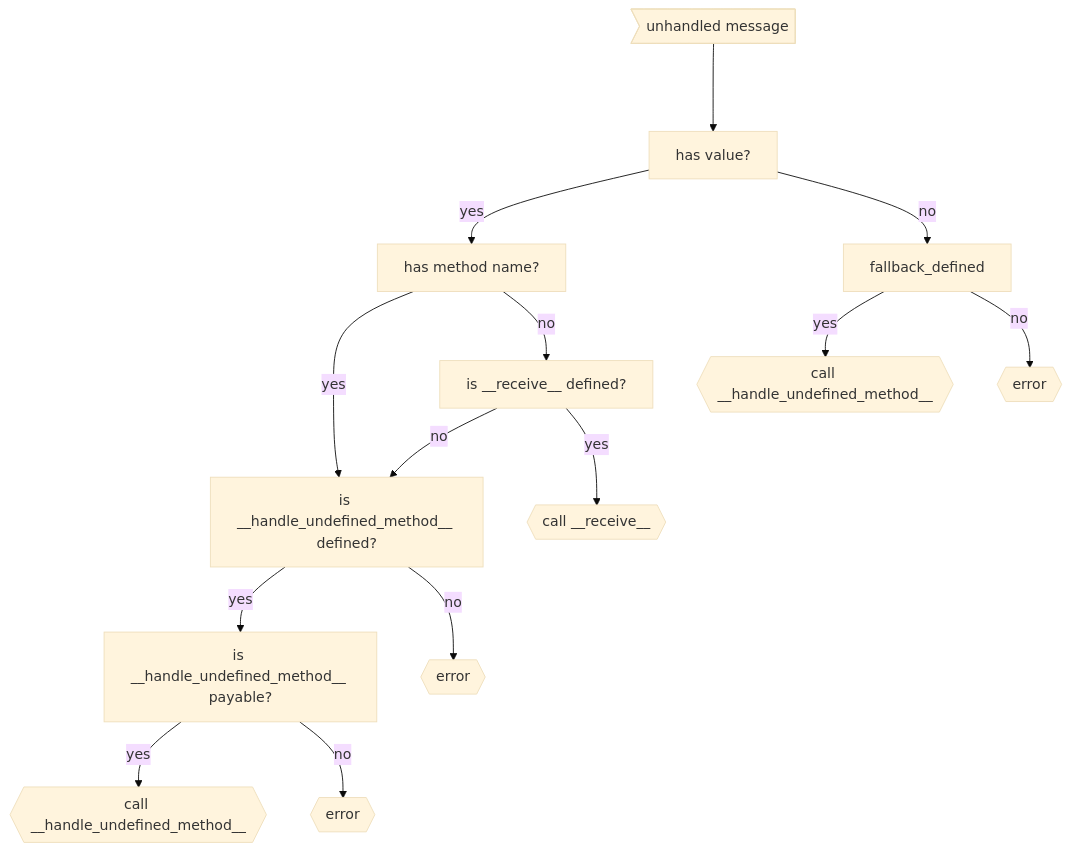
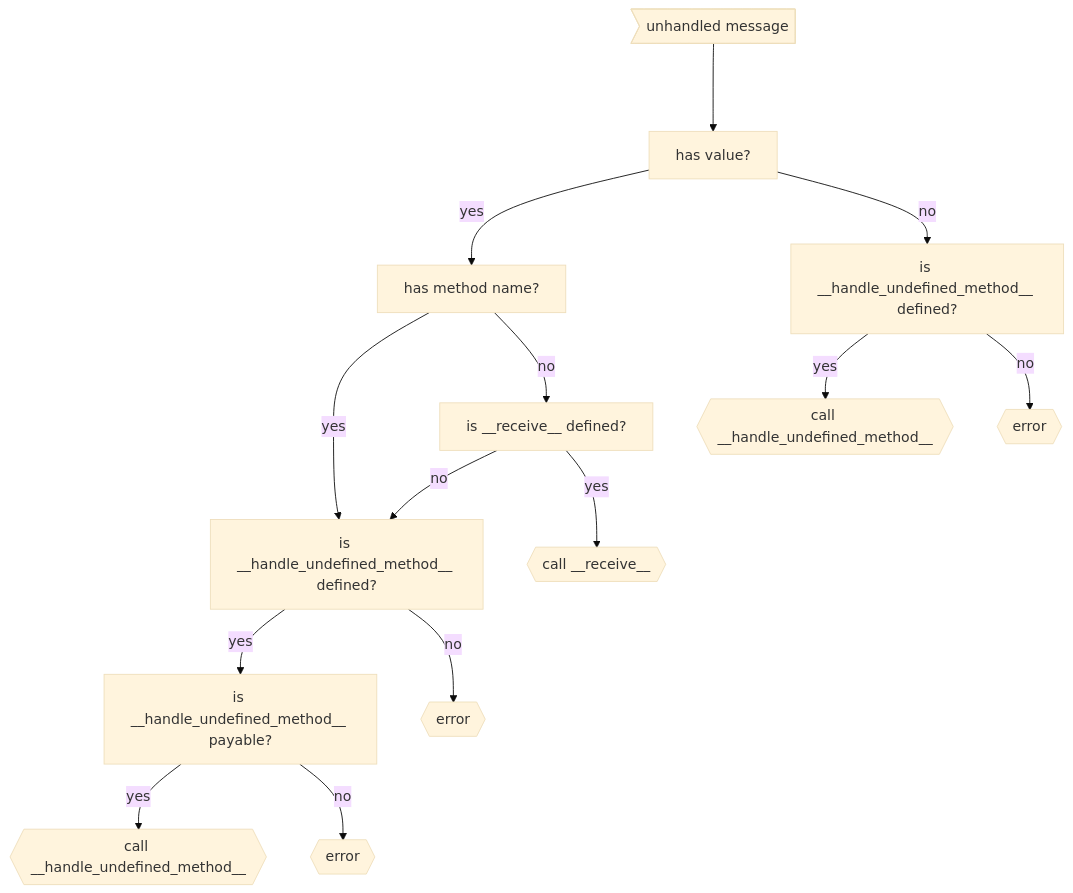
The diagram in pages/developers/intelligent-contracts/features/special-methods.mdx (genlayerlabs/genlayer-docs), drawn with Mermaid (base theme) before and after one commit. The commit also changed 1 other file, not shown here.

Commit message:
docs: improve intelligent contracts features - fix outdated VecDB import, fix mermaid diagram
- vector-storage: Remove wrong import path (backend.node.genvm.std.vector_store), clarify VecDB comes from genlayer package
- special-methods: Add missing label to fallback_defined node in mermaid diagram

````diff
--- a/pages/developers/intelligent-contracts/features/special-methods.mdx
+++ b/pages/developers/intelligent-contracts/features/special-methods.mdx
@@ -27,22 +27,22 @@
 ```mermaid
 graph TD
     unhandled_message>unhandled message] ---> has_value[has value?]
 
     has_value -->|yes| has_method_name[has method name?]
 
     has_method_name -->|yes| fallback_defined1[__handle_undefined_method__ is defined?]
     has_method_name -->|no| receive_defined[is __receive__ defined?]
 
     receive_defined -->|no| fallback_defined1[is __handle_undefined_method__ defined?]
     receive_defined -->|yes| receive{{call __receive__}}
 
     fallback_defined1 -->|yes| fallback_is_payable[is __handle_undefined_method__ payable?]
     fallback_defined1 -->|no| error3{{error}}
 
     fallback_is_payable -->|yes| fallback1{{call __handle_undefined_method__}}
     fallback_is_payable -->|no| error1{{error}}
 
-    has_value -->|no| fallback_defined
+    has_value -->|no| fallback_defined[is __handle_undefined_method__ defined?]
     fallback_defined -->|yes| fallback2{{call __handle_undefined_method__}}
     fallback_defined -->|no| error2{{error}}
 ```
````
